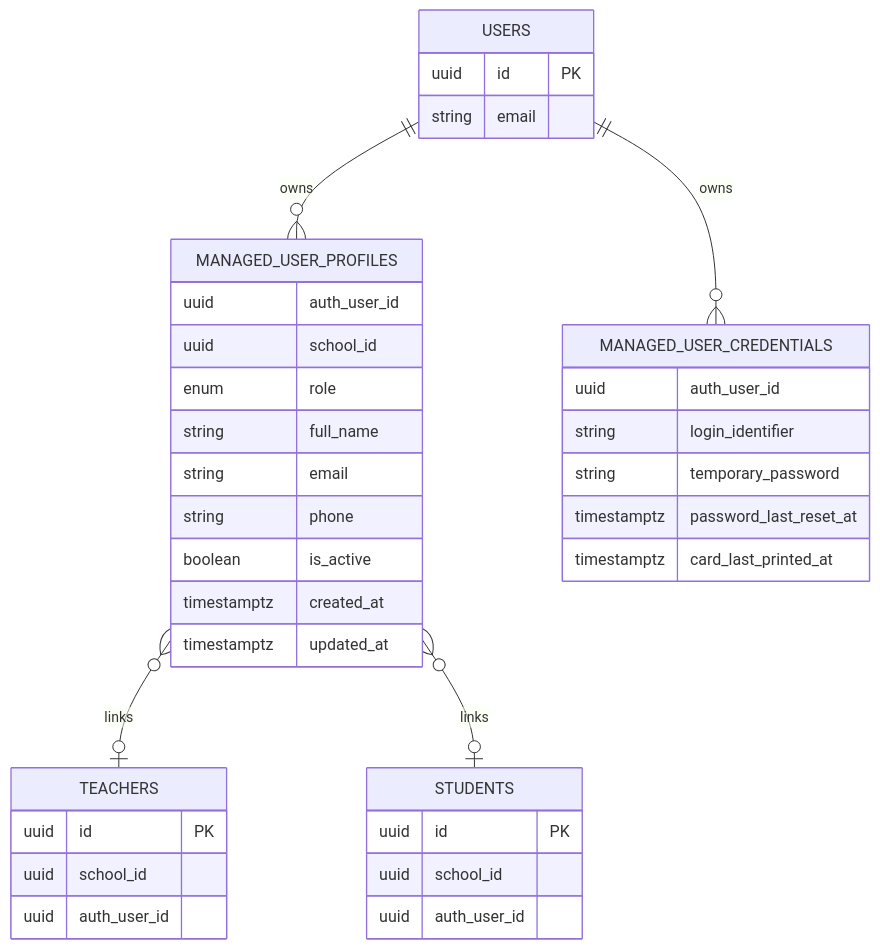
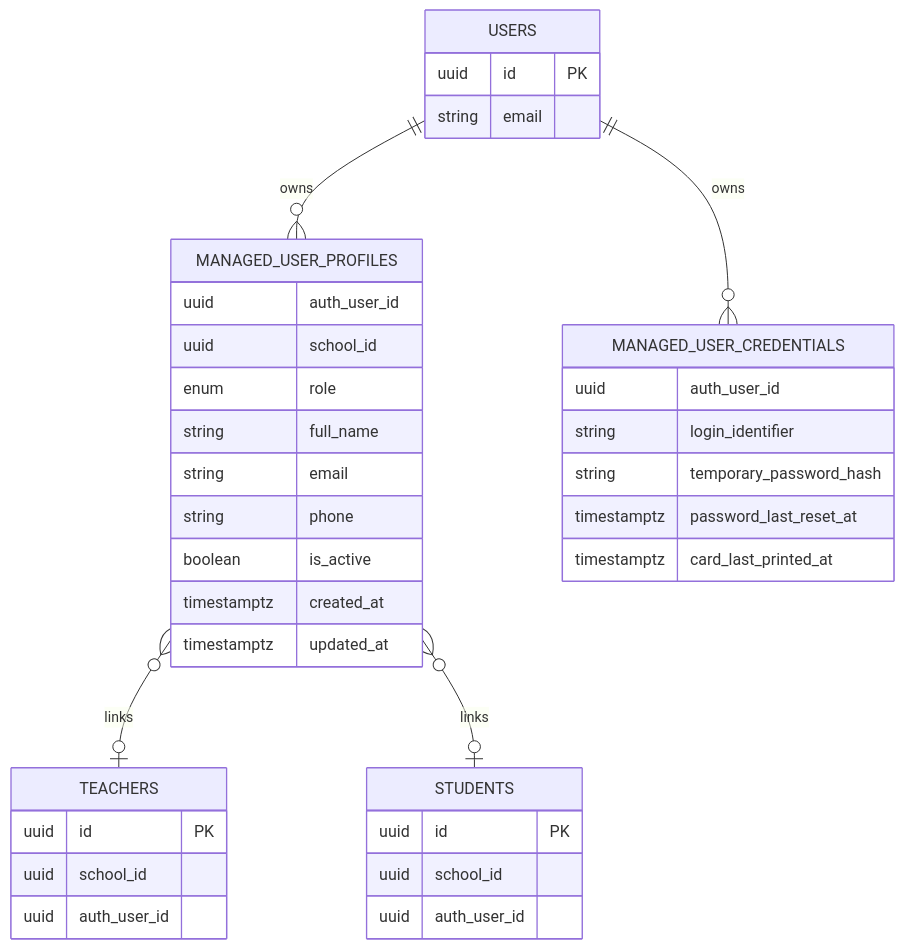
The ninth of 10 diagrams in .qoder/repowiki/en/content/Teacher Management/Managed Users.md (mustafaalkusaj/appschoolmustafa2002), drawn with Mermaid before and after one commit. The commit also changed other lines of this file and 8 other files, not shown here.

````diff
--- a/.qoder/repowiki/en/content/Teacher Management/Managed Users.md
+++ b/.qoder/repowiki/en/content/Teacher Management/Managed Users.md
@@ -367,39 +447,39 @@
 ```mermaid
 erDiagram
 MANAGED_USER_PROFILES {
 uuid auth_user_id
 uuid school_id
 enum role
 string full_name
 string email
 string phone
 boolean is_active
 timestamptz created_at
 timestamptz updated_at
 }
 MANAGED_USER_CREDENTIALS {
 uuid auth_user_id
 string login_identifier
-string temporary_password
+string temporary_password_hash
 timestamptz password_last_reset_at
 timestamptz card_last_printed_at
 }
 USERS {
 uuid id PK
 string email
 }
 TEACHERS {
 uuid id PK
 uuid school_id
 uuid auth_user_id
 }
 STUDENTS {
 uuid id PK
 uuid school_id
 uuid auth_user_id
 }
 USERS ||--o{ MANAGED_USER_PROFILES : "owns"
 USERS ||--o{ MANAGED_USER_CREDENTIALS : "owns"
 MANAGED_USER_PROFILES }o--o| TEACHERS : "links"
 MANAGED_USER_PROFILES }o--o| STUDENTS : "links"
 ```
````
